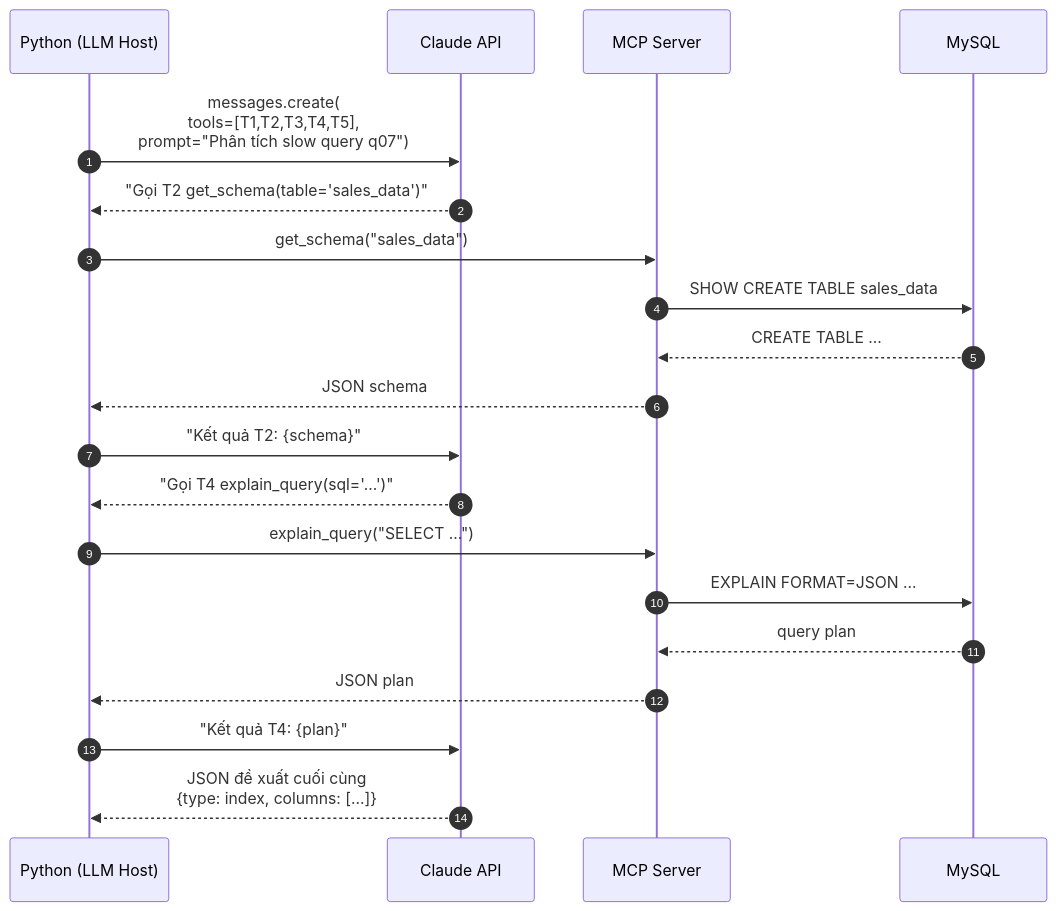
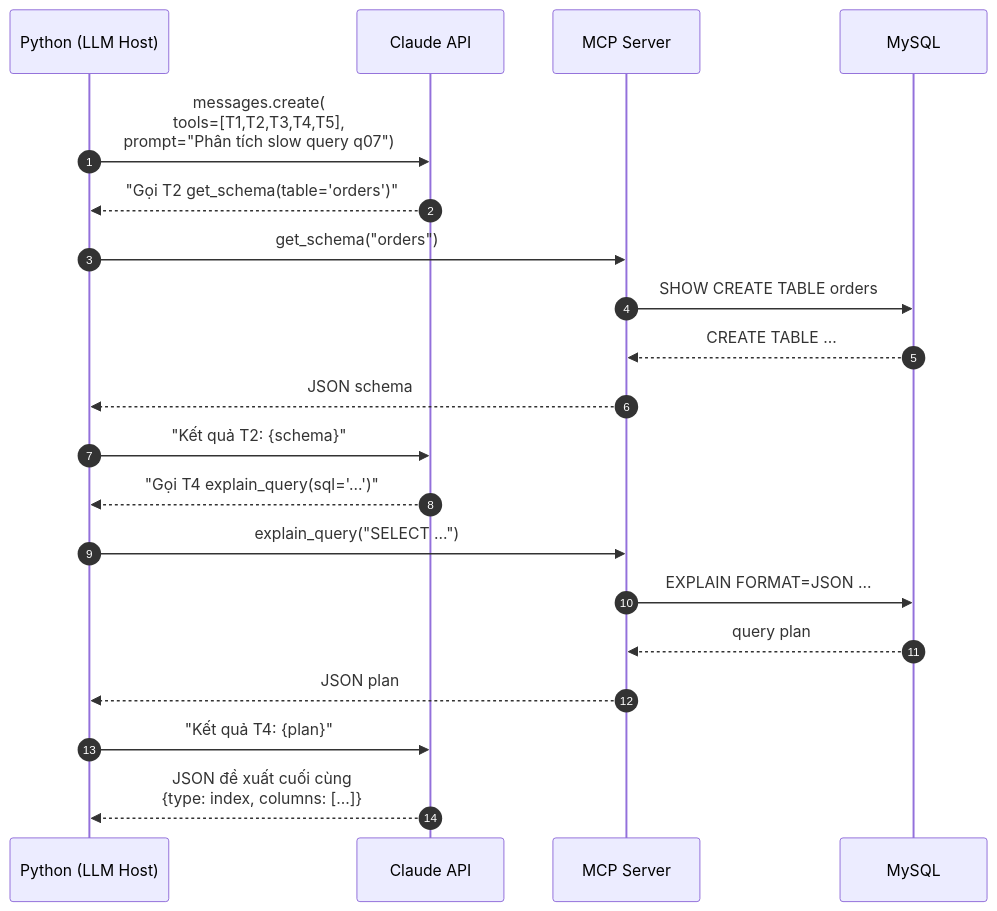
One commit to lam-vu6868/mcp-slowquery-optimizer changed the second of 8 diagrams in docs/architecture.md. Above: the diagram before and after it, drawn with Mermaid. The commit also changed other lines of this file and 15 other files, not shown here.

````diff
--- a/docs/architecture.md
+++ b/docs/architecture.md
@@ -178,23 +182,23 @@
 ```mermaid
 sequenceDiagram
     autonumber
     participant PY as Python (LLM Host)
     participant CL as Claude API
     participant MCP as MCP Server
     participant DB as MySQL
 
     PY->>CL: messages.create(<br/>tools=[T1,T2,T3,T4,T5],<br/>prompt="Phân tích slow query q07")
-    CL-->>PY: "Gọi T2 get_schema(table='sales_data')"
-    PY->>MCP: get_schema("sales_data")
-    MCP->>DB: SHOW CREATE TABLE sales_data
+    CL-->>PY: "Gọi T2 get_schema(table='orders')"
+    PY->>MCP: get_schema("orders")
+    MCP->>DB: SHOW CREATE TABLE orders
     DB-->>MCP: CREATE TABLE ...
     MCP-->>PY: JSON schema
     PY->>CL: "Kết quả T2: {schema}"
     CL-->>PY: "Gọi T4 explain_query(sql='...')"
     PY->>MCP: explain_query("SELECT ...")
     MCP->>DB: EXPLAIN FORMAT=JSON ...
     DB-->>MCP: query plan
     MCP-->>PY: JSON plan
     PY->>CL: "Kết quả T4: {plan}"
     CL-->>PY: JSON đề xuất cuối cùng<br/>{type: index, columns: [...]}
 ```
````
